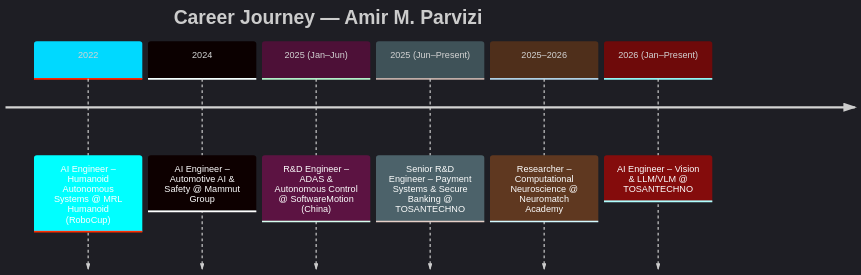
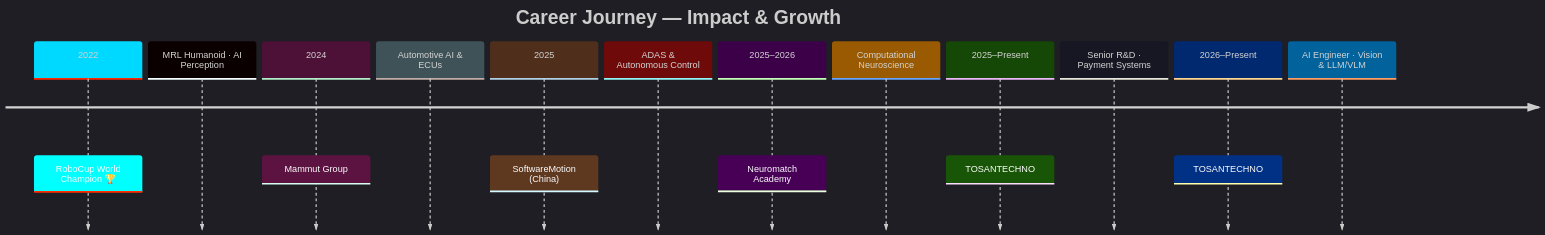
The diagram in README.md (Awrsha/Awrsha), drawn with Mermaid before and after one commit. The commit also changed other lines of this file, not shown here.

````diff
--- a/README.md
+++ b/README.md
@@ -121,11 +87,17 @@
 ```mermaid
 %%{init: {'theme': 'dark', 'themeVariables': { 'primaryColor': '#00D9FF', 'primaryTextColor': '#fff', 'lineColor': '#00D9FF', 'tertiaryColor': '#12151D'}}}%%
 timeline
-    title Career Journey — Amir M. Parvizi
-    2022 : AI Engineer – Humanoid Autonomous Systems @ MRL Humanoid (RoboCup)
-    2024 : AI Engineer – Automotive AI & Safety @ Mammut Group
-    2025 (Jan–Jun) : R&D Engineer – ADAS & Autonomous Control @ SoftwareMotion (China)
-    2025 (Jun–Present) : Senior R&D Engineer – Payment Systems & Secure Banking @ TOSANTECHNO
-    2025–2026 : Researcher – Computational Neuroscience @ Neuromatch Academy
-    2026 (Jan–Present) : AI Engineer – Vision & LLM/VLM @ TOSANTECHNO
+    title Career Journey — Impact & Growth
+    2022 : RoboCup World Champion 🏆
+          MRL Humanoid · AI Perception
+    2024 : Mammut Group
+          Automotive AI & ECUs
+    2025 : SoftwareMotion (China)
+          ADAS & Autonomous Control
+    2025–2026 : Neuromatch Academy
+                Computational Neuroscience
+    2025–Present : TOSANTECHNO
+                  Senior R&D · Payment Systems
+    2026–Present : TOSANTECHNO
+                  AI Engineer · Vision & LLM/VLM
 ```
````
